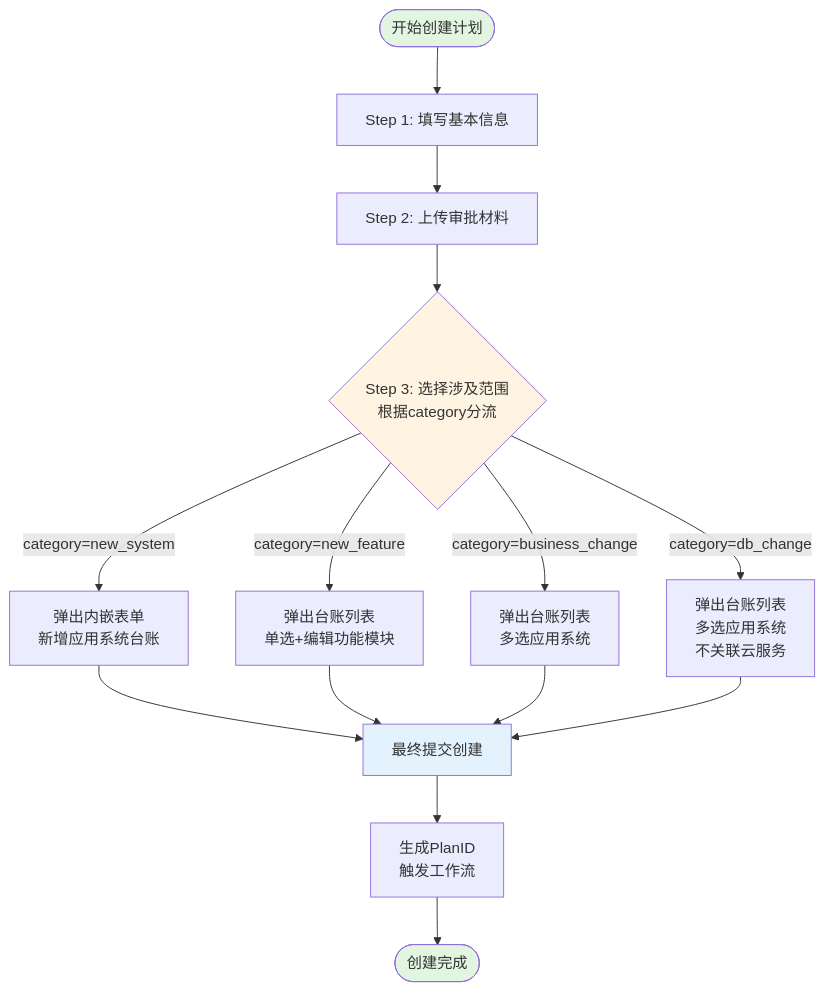
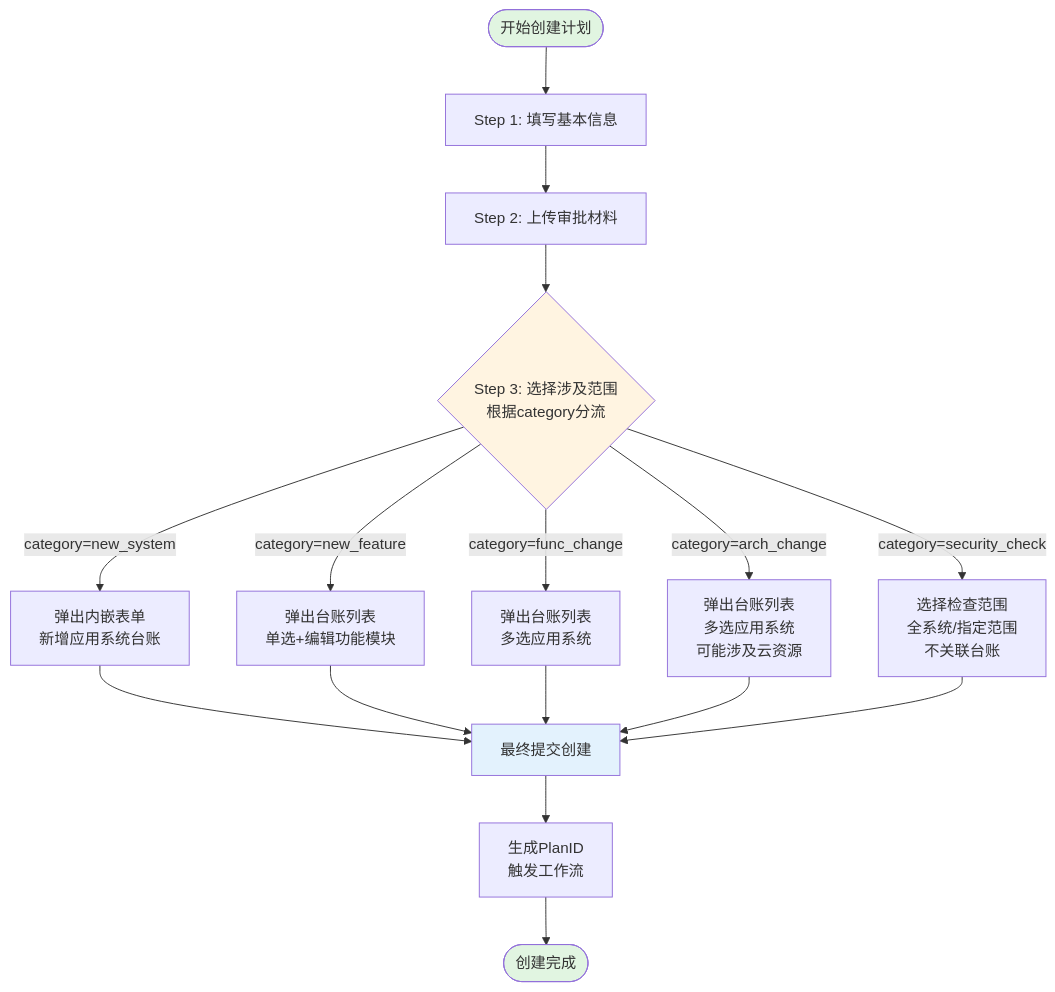
Before and after one commit to vickiechen1128/CRTAssistant_demo: the diagram in OpsPilot_AI_PRD_Docs/Modules/Module_01_Plan_Management.md, drawn with Mermaid. The commit also changed other lines of this file and 289 other files, not shown here.

````diff
--- a/OpsPilot_AI_PRD_Docs/Modules/Module_01_Plan_Management.md
+++ b/OpsPilot_AI_PRD_Docs/Modules/Module_01_Plan_Management.md
@@ -55,24 +56,26 @@
 ```mermaid
 graph TD
     Start([开始创建计划]) --> Step1[Step 1: 填写基本信息]
     Step1 --> Step2[Step 2: 上传审批材料]
     Step2 --> Step3{Step 3: 选择涉及范围<br/>根据category分流}
     
     Step3 -->|category=new_system| Branch1[弹出内嵌表单<br/>新增应用系统台账]
     Step3 -->|category=new_feature| Branch2[弹出台账列表<br/>单选+编辑功能模块]
-    Step3 -->|category=business_change| Branch3[弹出台账列表<br/>多选应用系统]
-    Step3 -->|category=db_change| Branch4[弹出台账列表<br/>多选应用系统<br/>不关联云服务]
+    Step3 -->|category=func_change| Branch3[弹出台账列表<br/>多选应用系统]
+    Step3 -->|category=arch_change| Branch4[弹出台账列表<br/>多选应用系统<br/>可能涉及云资源]
+    Step3 -->|category=security_check| Branch5[选择检查范围<br/>全系统/指定范围<br/>不关联台账]
     
     Branch1 --> Submit[最终提交创建]
     Branch2 --> Submit
     Branch3 --> Submit
     Branch4 --> Submit
+    Branch5 --> Submit
     
     Submit --> Generate[生成PlanID<br/>触发工作流]
     Generate --> End([创建完成])
     
     style Start fill:#e1f5e1
     style End fill:#e1f5e1
     style Step3 fill:#fff4e1
     style Submit fill:#e3f2fd
 ```
````
